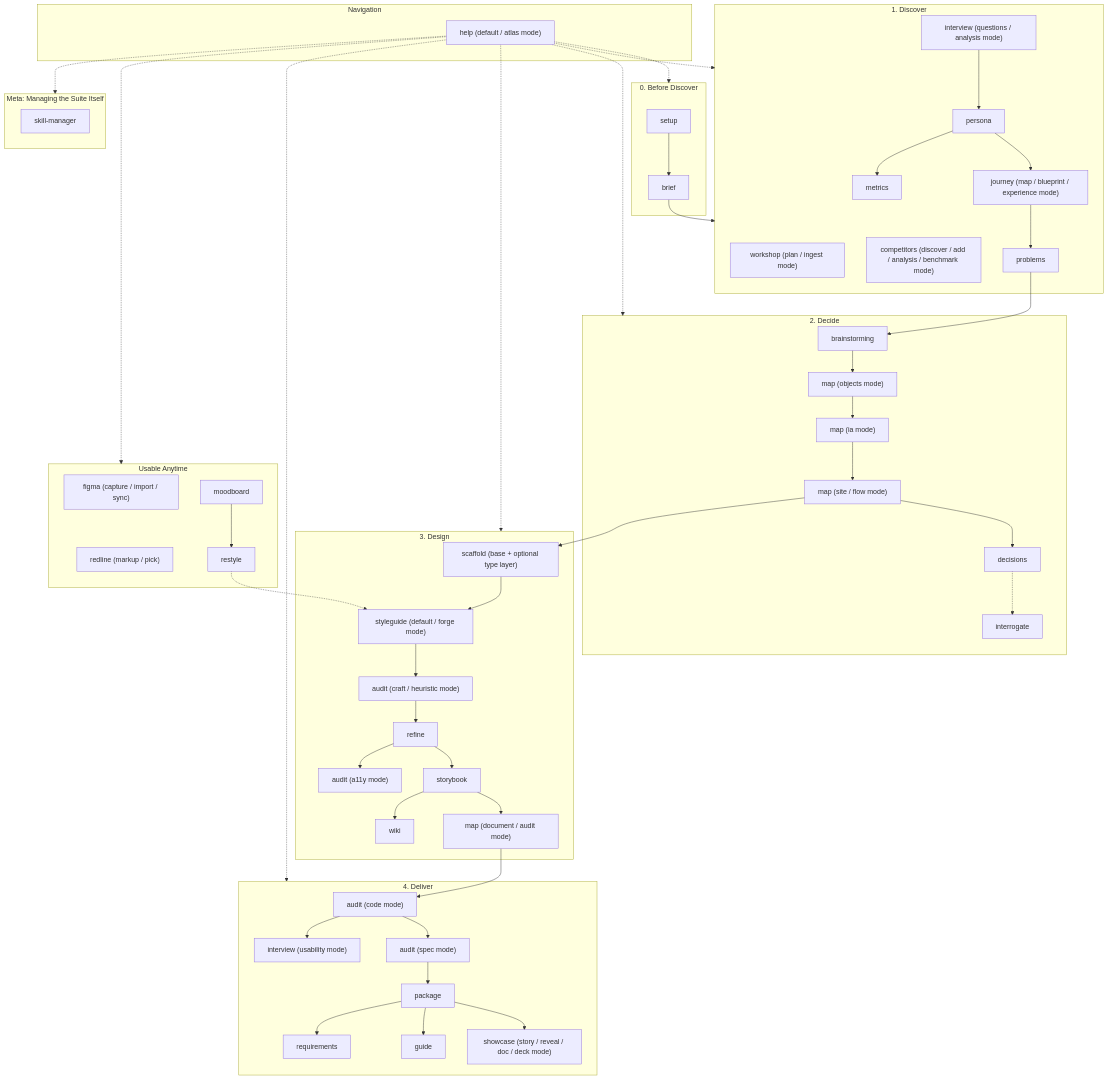
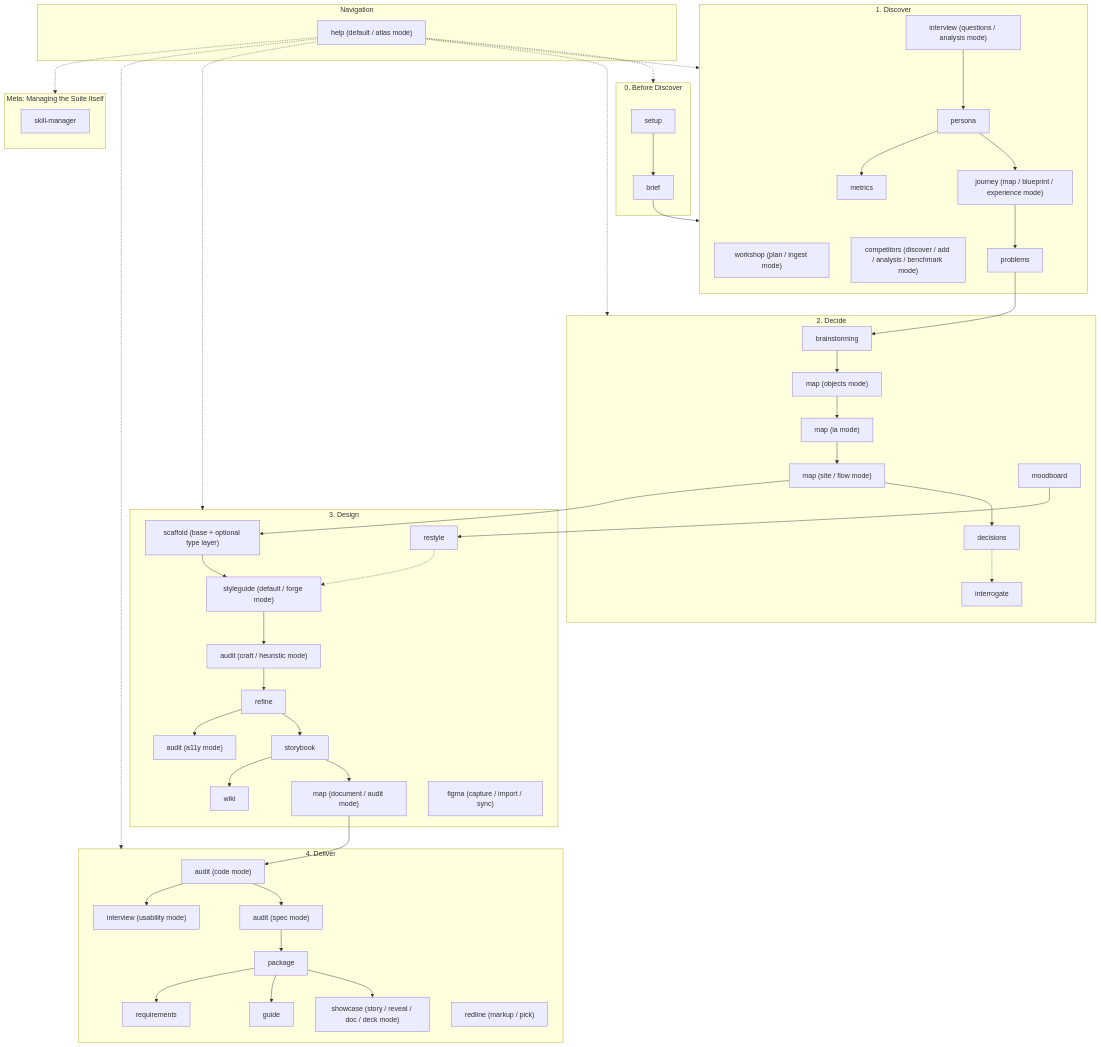
One commit to RPalis/AIXLab-Atlas changed the diagram in AGENTS.md. Above: the diagram before and after it, drawn with Mermaid. The commit also changed other lines of this file and 59 other files, not shown here.

````diff
--- a/AGENTS.md
+++ b/AGENTS.md
@@ -15,69 +15,67 @@
 ```mermaid
 flowchart TD
     subgraph Router ["Navigation"]
         RH["help (default / atlas mode)"]
     end
 
     subgraph Before ["0. Before Discover"]
         P00[setup] --> P00B[brief]
     end
 
     subgraph Discover ["1. Discover"]
         P0W["workshop (plan / ingest mode)"]
         P0C["competitors (discover / add / analysis / benchmark mode)"]
         P0U["interview (questions / analysis mode)"] --> P1[persona]
         P1 --> P0J["journey (map / blueprint / experience mode)"]
         P1 --> P0M[metrics]
         P0J --> P0P[problems]
     end
 
     subgraph Decide ["2. Decide"]
         P0P --> P2A[brainstorming]
         P2A --> P2["map (objects mode)"]
         P2 --> P2I["map (ia mode)"]
         P2I --> P2B["map (site / flow mode)"]
         P2B --> P7B[decisions]
         P7B -.-> P7C[interrogate]
+        MB[moodboard]
     end
 
     subgraph Design ["3. Design"]
         P2B --> P3["scaffold (base + optional type layer)"]
         P3 --> P4["styleguide (default / forge mode)"]
         P4 --> PCA["audit (craft / heuristic mode)"]
         PCA --> P5[refine]
         P5 --> P6[storybook]
         P6 --> P7["map (document / audit mode)"]
         P5 --> P7D["audit (a11y mode)"]
         P6 --> P7F[wiki]
+        FIG["figma (capture / import / sync)"]
+        RS[restyle]
+        MB --> RS
+        RS -.-> P4
     end
 
     subgraph Deliver ["4. Deliver"]
         P7 --> P8["audit (code mode)"]
         P8 --> P8S["audit (spec mode)"]
         P8 --> P8U["interview (usability mode)"]
         P8S --> P9[package]
         P9 --> P9B["showcase (story / reveal / doc / deck mode)"]
         P9 --> P9C[guide]
         P9 --> P9D[requirements]
-    end
-
-    subgraph Anytime ["Usable Anytime"]
-        FIG["figma (capture / import / sync)"]
         RL["redline (markup / pick)"]
-        MB[moodboard] --> RS[restyle]
-        RS -.-> P4
     end
 
     subgraph Meta ["Meta: Managing the Suite Itself"]
         SM[skill-manager]
     end
 
     P00B --> Discover
     RH -.-> Before
     RH -.-> Discover
     RH -.-> Decide
     RH -.-> Design
     RH -.-> Deliver
-    RH -.-> Anytime
     RH -.-> Meta
 ```
````
